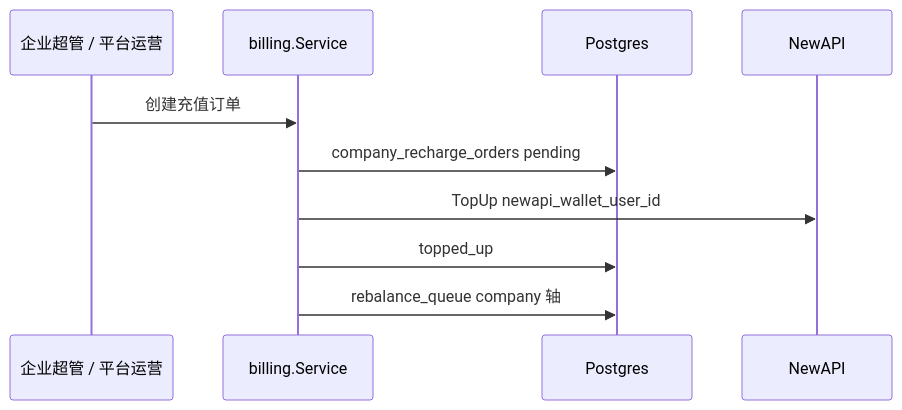
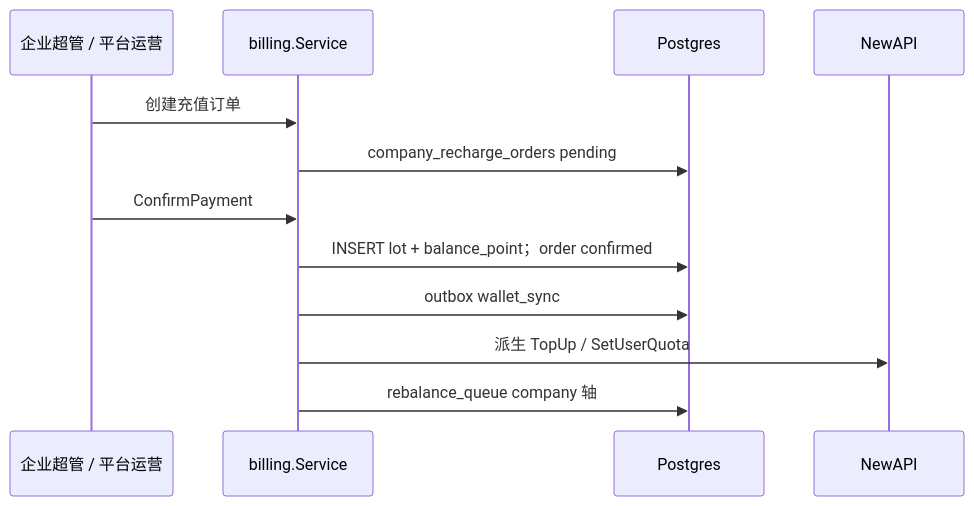
Before and after one commit to quyip8818/mytokenjoy: the sixth of 7 diagrams in docs/Backend-预算.md, drawn with Mermaid. The commit also changed other lines of this file and 115 other files, not shown here.

````diff
--- a/docs/Backend-预算.md
+++ b/docs/Backend-预算.md
@@ -238,13 +241,15 @@
 ```mermaid
 sequenceDiagram
   participant U as 企业超管 / 平台运营
   participant TJ as billing.Service
   participant PG as Postgres
   participant NA as NewAPI
 
   U->>TJ: 创建充值订单
   TJ->>PG: company_recharge_orders pending
-  TJ->>NA: TopUp newapi_wallet_user_id
-  TJ->>PG: topped_up
+  U->>TJ: ConfirmPayment
+  TJ->>PG: INSERT lot + balance_point；order confirmed
+  TJ->>PG: outbox wallet_sync
+  TJ->>NA: 派生 TopUp / SetUserQuota
   TJ->>PG: rebalance_queue company 轴
 ```
````
